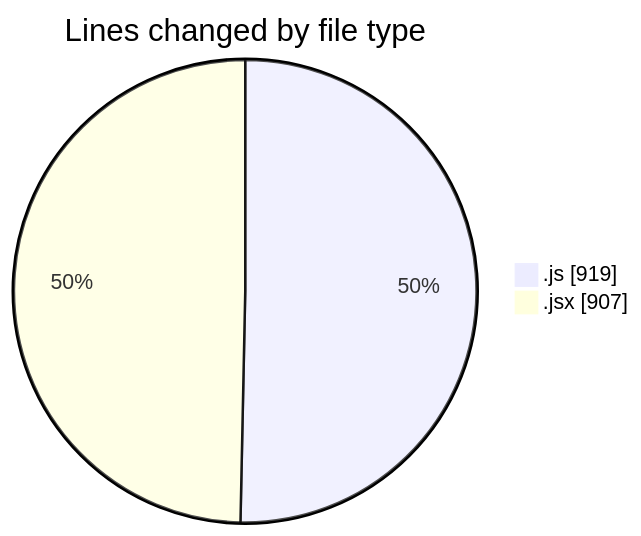
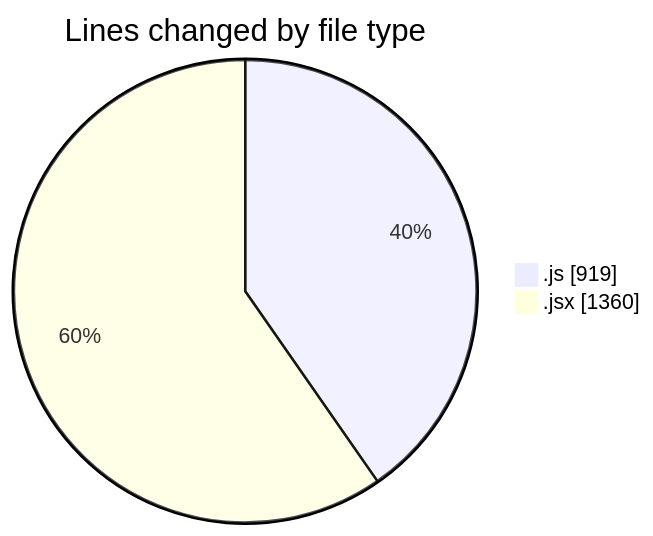
The first of 2 diagrams in 2025-07-23/nxtqube_webapp/README.md (nxtqubesakshisongat/code-tracking), drawn with Mermaid before and after one commit. The commit also changed other lines of this file and 1 other file, not shown here.

````diff
--- a/2025-07-23/nxtqube_webapp/README.md
+++ b/2025-07-23/nxtqube_webapp/README.md
@@ -21,6 +21,6 @@
 ```mermaid
 pie showData
 title Lines changed by file type
 ".js" : 919
-".jsx" : 907
+".jsx" : 1360
 ```
````
